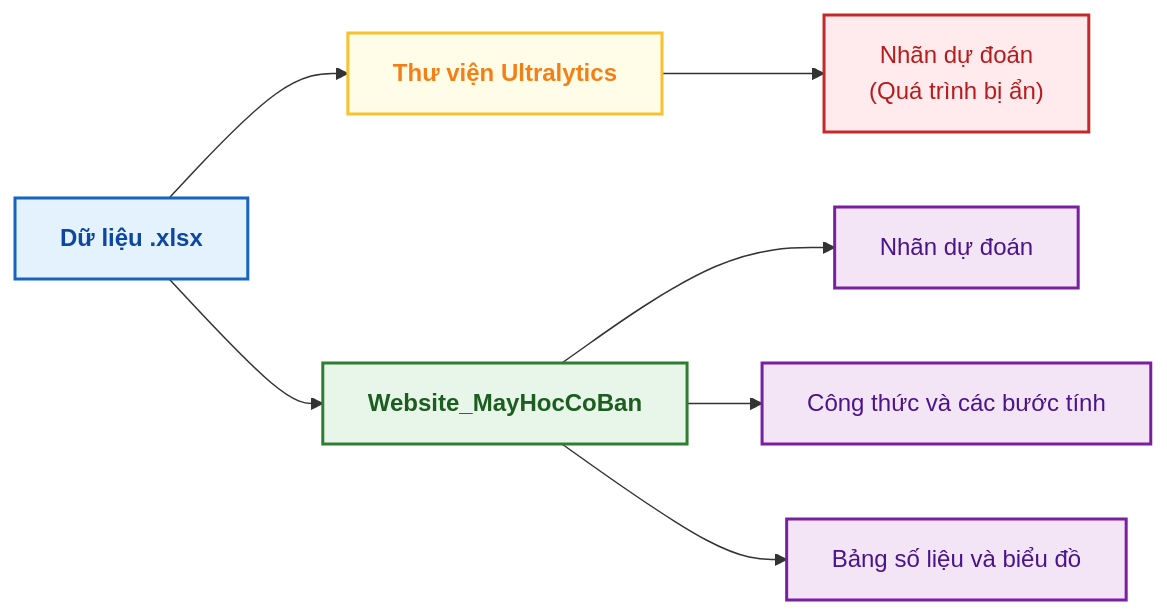
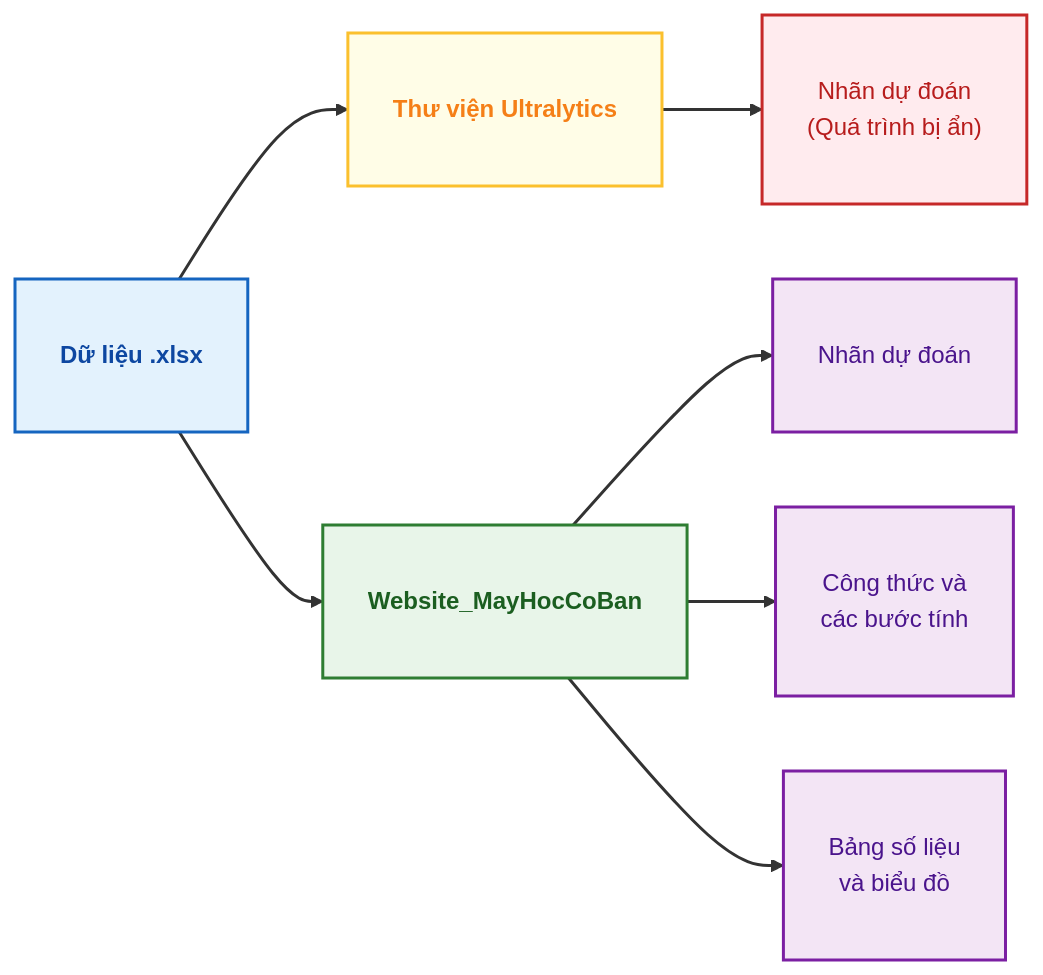
One commit to huynhthanhphong231004IT/Website_MayHocCoBan changed the first of 5 diagrams in README.md. Above: the diagram before and after it, drawn with Mermaid. The commit also changed other lines of this file, not shown here.

````diff
--- a/README.md
+++ b/README.md
@@ -27,29 +27,32 @@
 ```mermaid
 flowchart LR
-    %% Định nghĩa kiểu dáng màu sắc
-    classDef data fill:#E3F2FD,stroke:#1565C0,stroke-width:2px,color:#0D47A1,font-weight:bold;
-    classDef lib fill:#FFFDE7,stroke:#FBC02D,stroke-width:2px,color:#F57F17,font-weight:bold;
-    classDef web fill:#E8F5E9,stroke:#2E7D32,stroke-width:2px,color:#1B5E20,font-weight:bold;
-    classDef output1 fill:#FFEBEE,stroke:#C62828,stroke-width:2px,color:#B71C1C;
-    classDef output2 fill:#F3E5F5,stroke:#7B1FA2,stroke-width:2px,color:#4A148C;
+    %% Cấu hình khoảng cách giữa các node và hàng
+    linkStyle default stroke-width:2px;
+    
+    %% Định nghĩa kiểu dáng với padding rộng hơn
+    classDef data fill:#E3F2FD,stroke:#1565C0,stroke-width:2px,color:#0D47A1,font-weight:bold,padding:12px;
+    classDef lib fill:#FFFDE7,stroke:#FBC02D,stroke-width:2px,color:#F57F17,font-weight:bold,padding:12px;
+    classDef web fill:#E8F5E9,stroke:#2E7D32,stroke-width:2px,color:#1B5E20,font-weight:bold,padding:12px;
+    classDef output1 fill:#FFEBEE,stroke:#C62828,stroke-width:2px,color:#B71C1C,padding:10px;
+    classDef output2 fill:#F3E5F5,stroke:#7B1FA2,stroke-width:2px,color:#4A148C,padding:10px;
 
-    %% Khai báo các nút
+    %% Khai báo các nút (xuống dòng chủ động cho ô dài)
     D["Dữ liệu .xlsx"]:::data
     
     A["Thư viện Ultralytics"]:::lib
     B["Nhãn dự đoán<br/>(Quá trình bị ẩn)"]:::output1
     
     C["Website_MayHocCoBan"]:::web
     E["Nhãn dự đoán"]:::output2
-    F["Công thức và các bước tính"]:::output2
-    G["Bảng số liệu và biểu đồ"]:::output2
+    F["Công thức và<br/>các bước tính"]:::output2
+    G["Bảng số liệu<br/>và biểu đồ"]:::output2
 
     %% Luồng dữ liệu
     D --> A
     A --> B
     
     D --> C
     C --> E
     C --> F
     C --> G
 ```
````
